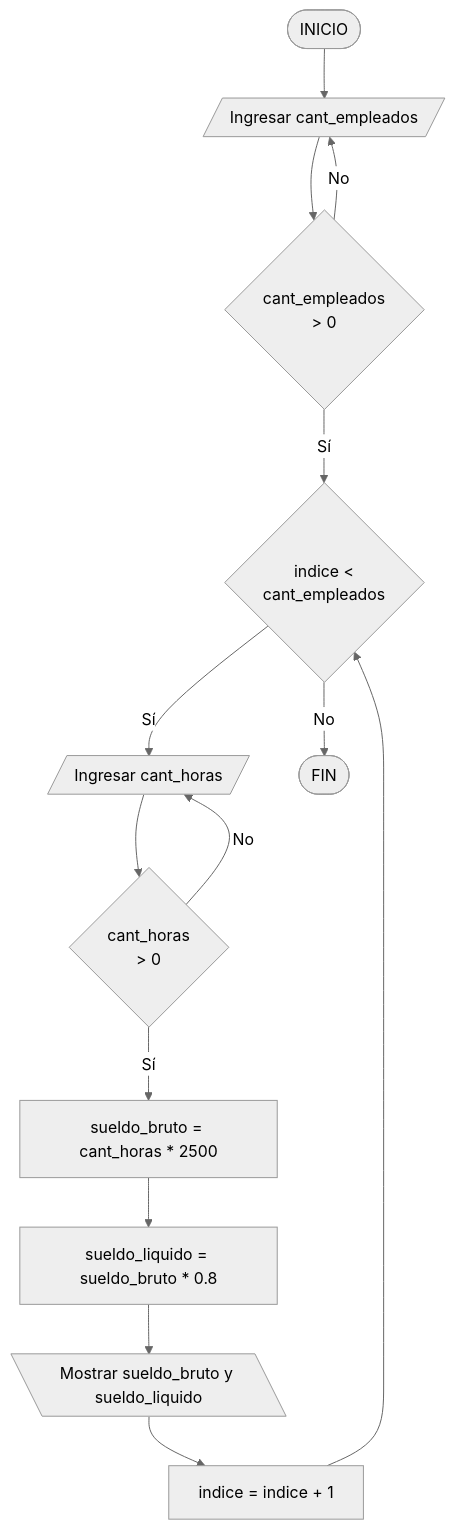
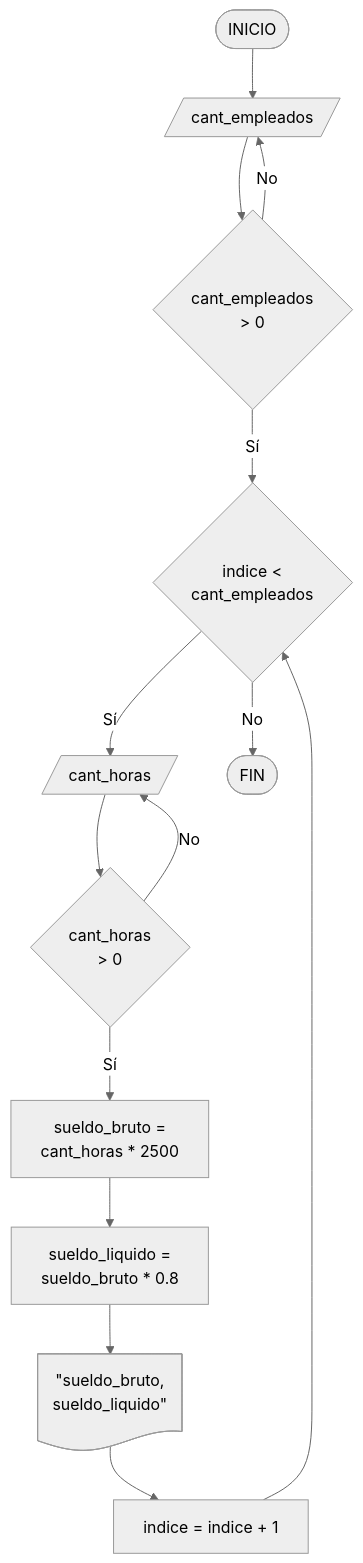
Before and after one commit to BenjaminSerrano/principios-programacion: the second of 2 diagrams in docs/core/controlflow/for-examples.md, drawn with Mermaid (neutral theme). The commit also changed 1 other file, not shown here.

Commit message:
Replace pypas exercises and fix flowchart issues
- Replace three pypas external exercises with custom exercises in conditionals
- Fix for-examples payroll flowchart: remove 'Ingresar'/'Mostrar' labels,
  use correct doc shape for print symbol, add line breaks for long text

````diff
--- a/docs/core/controlflow/for-examples.md
+++ b/docs/core/controlflow/for-examples.md
@@ -124,16 +124,16 @@
     ``` mermaid
     flowchart TD
-        A([INICIO]) --> B[/Ingresar cant_empleados/]
+        A([INICIO]) --> B[/cant_empleados/]
         B --> C{"cant_empleados\n> 0"}
         C -->|No| B
         C -->|Sí| D{"indice <\ncant_empleados"}
-        D -->|Sí| E[/Ingresar cant_horas/]
+        D -->|Sí| E[/cant_horas/]
         E --> F{"cant_horas\n> 0"}
         F -->|No| E
-        F -->|Sí| G["sueldo_bruto = cant_horas * 2500"]
-        G --> H["sueldo_liquido = sueldo_bruto * 0.8"]
-        H --> I[\"Mostrar sueldo_bruto y sueldo_liquido"\]
+        F -->|Sí| G["sueldo_bruto =<br/>cant_horas * 2500"]
+        G --> H["sueldo_liquido =<br/>sueldo_bruto * 0.8"]
+        H --> I@{ shape: doc, label: "\"sueldo_bruto,<br/>sueldo_liquido\"" }
         I --> J["indice = indice + 1"]
         J --> D
         D -->|No| K([FIN])
     ```
````
